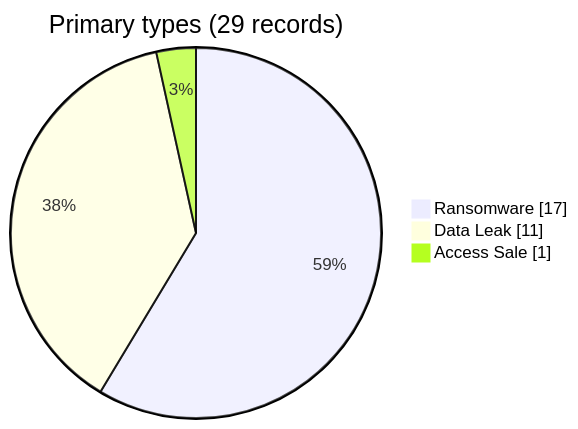
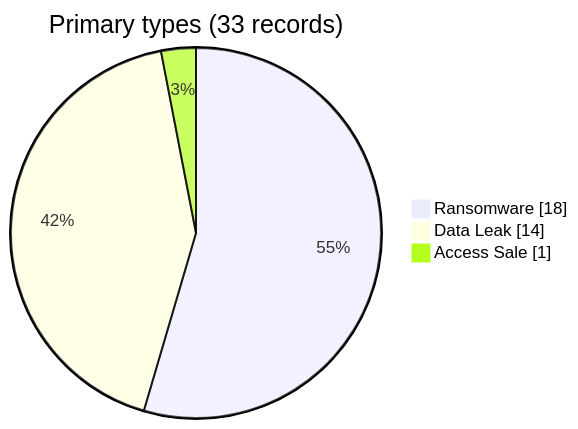
Before and after one commit to Hatchepsoute/AFRINTEL: the diagram in visual-intelligence/08-august/ransomware-vs-leaks_august_2026.md, drawn with Mermaid. The commit also changed other lines of this file and 401 other files, not shown here.

````diff
--- a/visual-intelligence/08-august/ransomware-vs-leaks_august_2026.md
+++ b/visual-intelligence/08-august/ransomware-vs-leaks_august_2026.md
@@ -3,7 +3,7 @@
 ```mermaid
 pie showData
-    title Primary types (29 records)
-    "Ransomware" : 17
-    "Data Leak" : 11
+    title Primary types (33 records)
+    "Ransomware" : 18
+    "Data Leak" : 14
     "Access Sale" : 1
 ```
````
